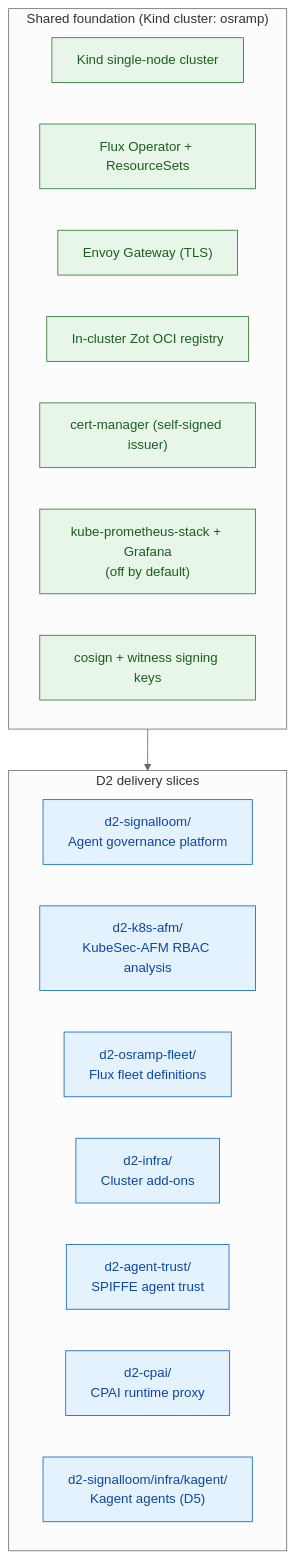
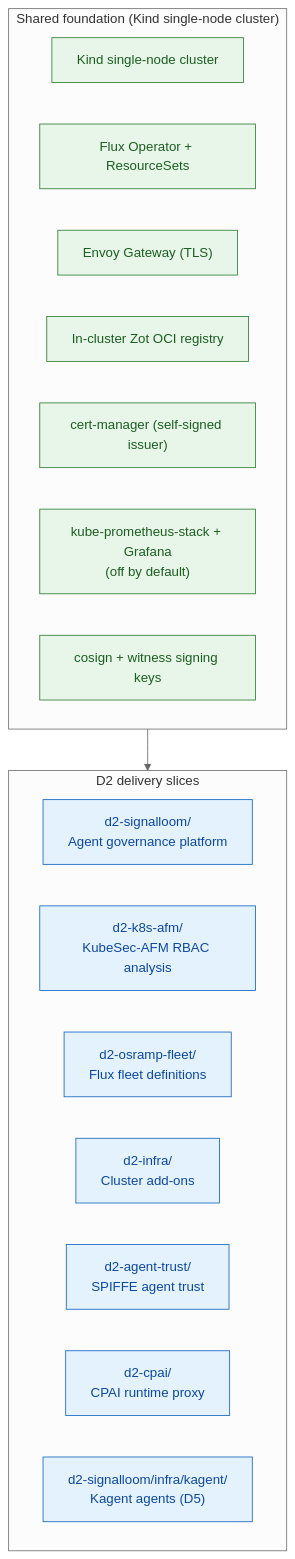
One commit to sublimino/architecture-as-code changed the first of 2 diagrams in AGENTS.md. Above: the diagram before and after it, drawn with Mermaid (neutral theme). The commit also changed other lines of this file and 9 other files, not shown here.

````diff
--- a/AGENTS.md
+++ b/AGENTS.md
@@ -21,29 +21,29 @@
 ```mermaid
 flowchart TB
-  subgraph FOUNDATION["Shared foundation (Kind cluster: osramp)"]
+  subgraph FOUNDATION["Shared foundation (Kind single-node cluster)"]
     KIND["Kind single-node cluster"]
     FLUX["Flux Operator + ResourceSets"]
     INGRESS["Envoy Gateway (TLS)"]
     ZOT["In-cluster Zot OCI registry"]
     CERT["cert-manager (self-signed issuer)"]
     MON["kube-prometheus-stack + Grafana<br/>(off by default)"]
     SIGN["cosign + witness signing keys"]
   end
 
   subgraph SLICES["D2 delivery slices"]
     SL["d2-signalloom/<br/>Agent governance platform"]
     AFM["d2-k8s-afm/<br/>KubeSec-AFM RBAC analysis"]
     FLT["d2-osramp-fleet/<br/>Flux fleet definitions"]
     INF["d2-infra/<br/>Cluster add-ons"]
     AGT["d2-agent-trust/<br/>SPIFFE agent trust"]
     CPAI["d2-cpai/<br/>CPAI runtime proxy"]
     KAG["d2-signalloom/infra/kagent/<br/>Kagent agents (D5)"]
   end
 
   FOUNDATION --> SLICES
 
   classDef found fill:#e8f5e9,stroke:#2e7d32,color:#1b5e20;
   classDef slice fill:#e3f2fd,stroke:#1565c0,color:#0d47a1;
   class KIND,FLUX,INGRESS,ZOT,CERT,MON,SIGN found;
   class SL,AFM,FLT,INF,AGT,CPAI,KAG slice;
 ```
````
